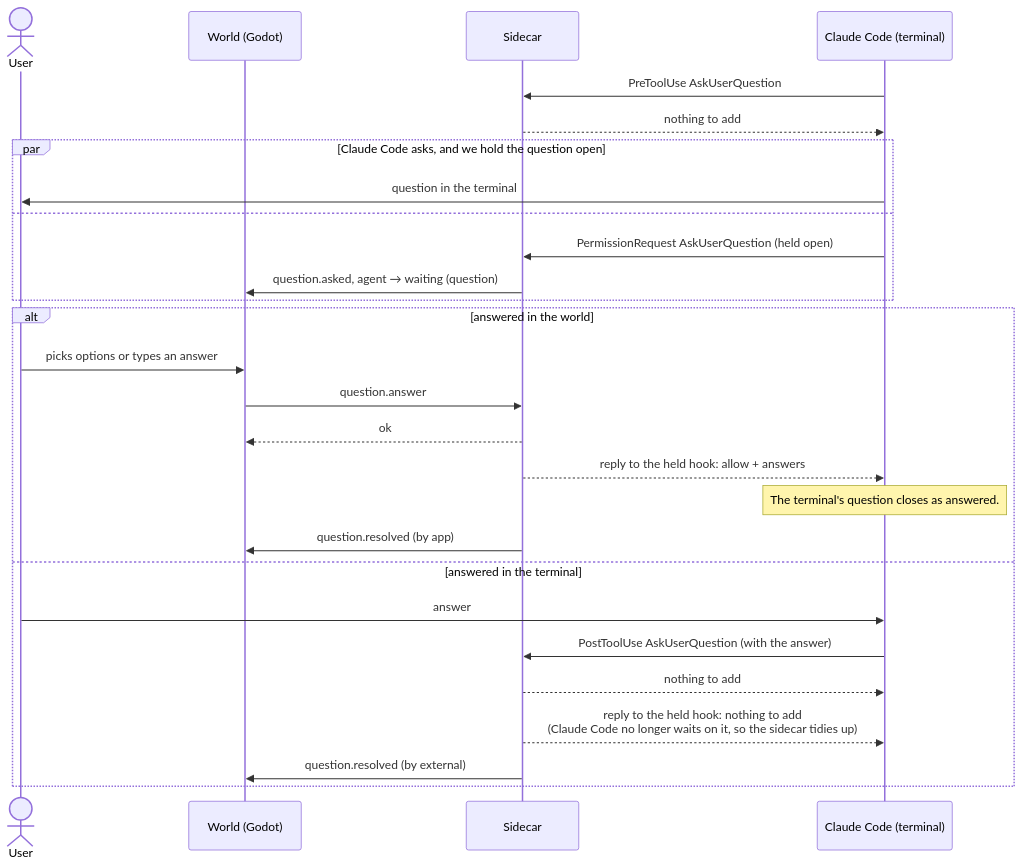
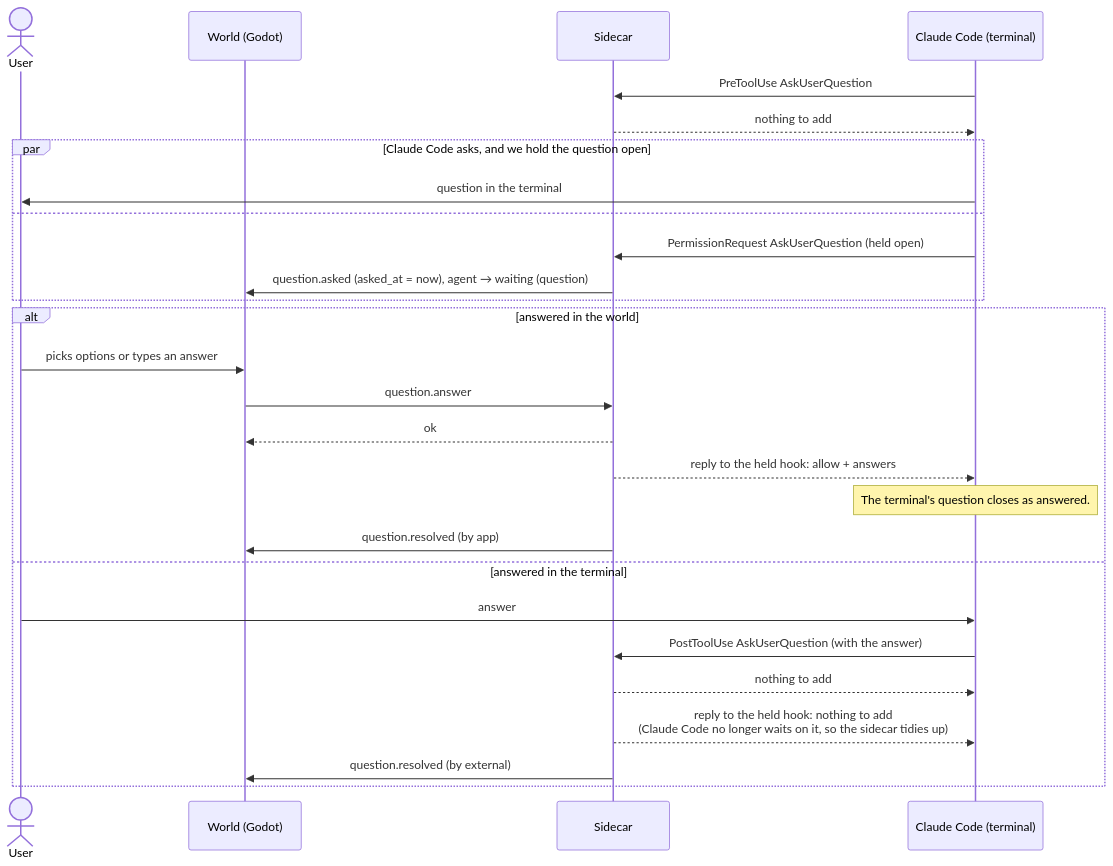
One commit to PaoloPortugal/The-Beach changed the fifth of 10 diagrams in docs/flows.md. Above: the diagram before and after it, drawn with Mermaid. The commit also changed other lines of this file and 4 other files, not shown here.

First line of the commit message:
Docs: W07 decided and built; asked_at in the protocol, flows and dev log

````diff
--- a/docs/flows.md
+++ b/docs/flows.md
@@ -230,30 +230,30 @@
 ```mermaid
 sequenceDiagram
     actor User
     participant World as World (Godot)
     participant Sidecar
     participant Claude as Claude Code (terminal)
 
     Claude->>Sidecar: PreToolUse AskUserQuestion
     Sidecar-->>Claude: nothing to add
     par Claude Code asks, and we hold the question open
         Claude->>User: question in the terminal
     and
         Claude->>Sidecar: PermissionRequest AskUserQuestion (held open)
-        Sidecar->>World: question.asked, agent → waiting (question)
+        Sidecar->>World: question.asked (asked_at = now), agent → waiting (question)
     end
     alt answered in the world
         User->>World: picks options or types an answer
         World->>Sidecar: question.answer
         Sidecar-->>World: ok
         Sidecar-->>Claude: reply to the held hook: allow + answers
         Note over Claude: The terminal's question closes as answered.
         Sidecar->>World: question.resolved (by app)
     else answered in the terminal
         User->>Claude: answer
         Claude->>Sidecar: PostToolUse AskUserQuestion (with the answer)
         Sidecar-->>Claude: nothing to add
         Sidecar-->>Claude: reply to the held hook: nothing to add<br/>(Claude Code no longer waits on it, so the sidecar tidies up)
         Sidecar->>World: question.resolved (by external)
     end
 ```
````
